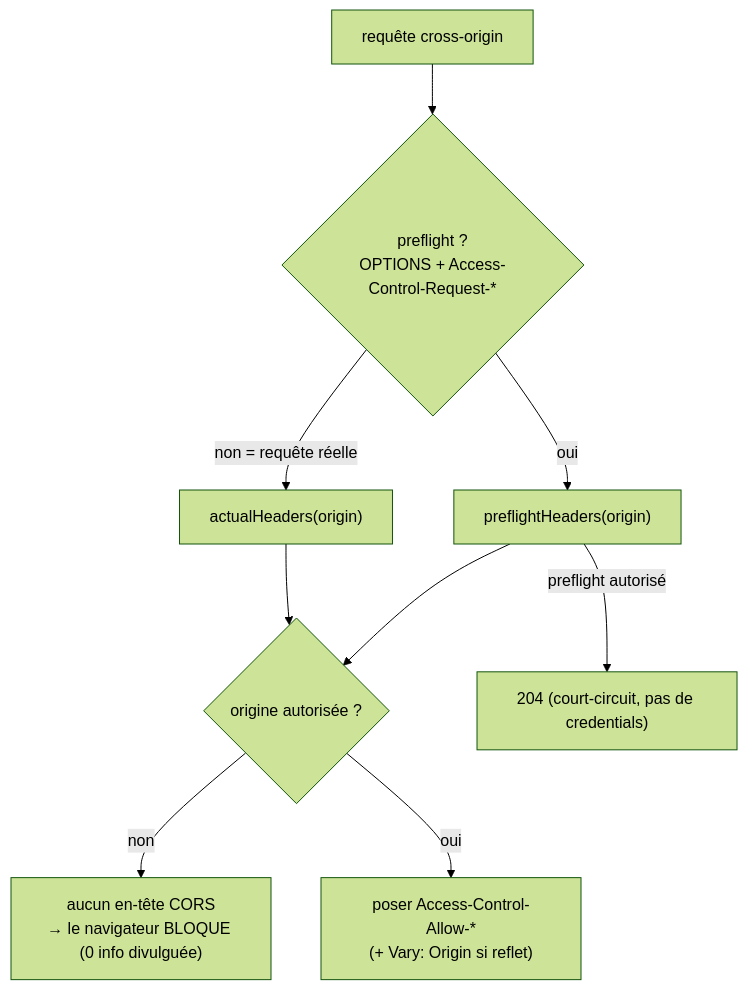
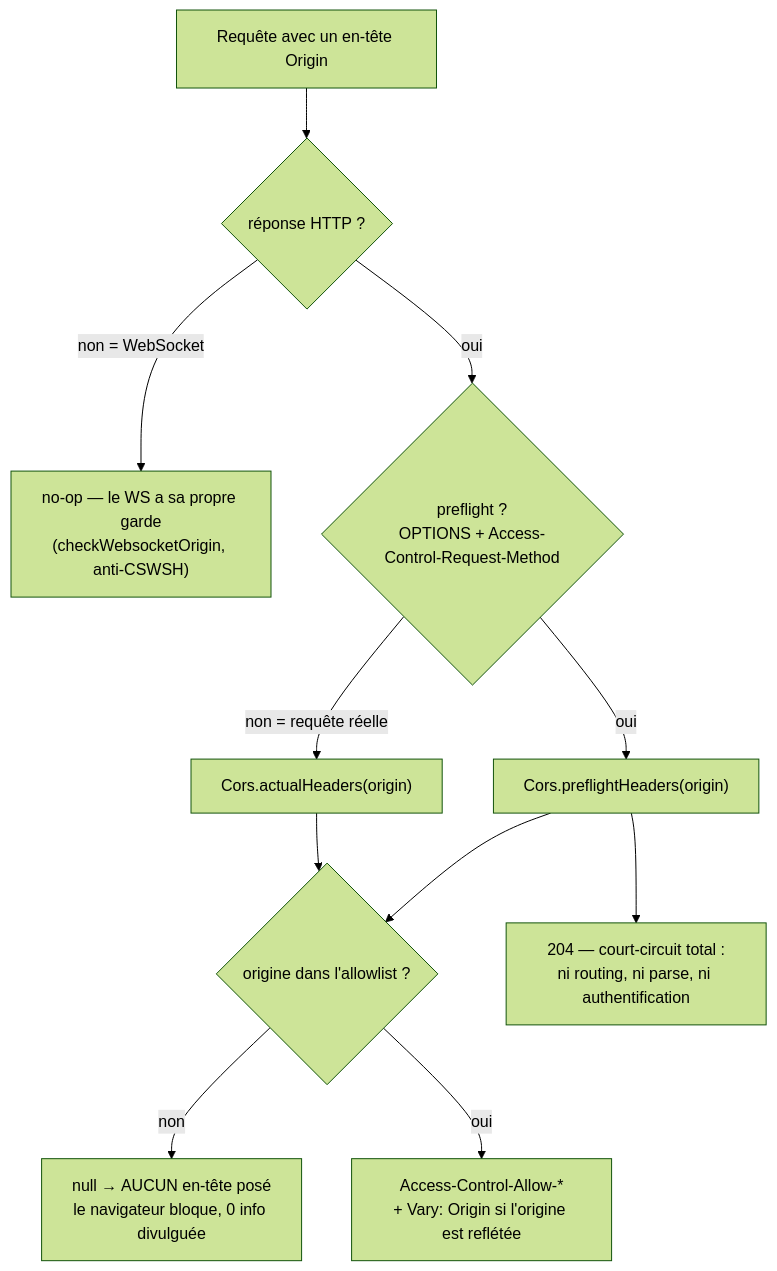
Before and after one commit to nodefony/nodefony-core: the first of 2 diagrams in src/packages/@nodefony/security/docs/cors.md, drawn with Mermaid (forest theme). The commit also changed other lines of this file and 20 other files, not shown here.

````diff
--- a/src/packages/@nodefony/security/docs/cors.md
+++ b/src/packages/@nodefony/security/docs/cors.md
@@ -27,11 +41,13 @@
 ```mermaid
 flowchart TD
-  REQ["requête cross-origin"] --> PF{"preflight ?<br/>OPTIONS + Access-Control-Request-*"}
-  PF -->|oui| PH["preflightHeaders(origin)"]
-  PF -->|non = requête réelle| AH["actualHeaders(origin)"]
-  PH --> WL{"origine autorisée ?"}
+  REQ["Requête avec un en-tête Origin"] --> WS{"réponse HTTP ?"}
+  WS -->|non = WebSocket| SKIP["no-op — le WS a sa propre garde<br/>(checkWebsocketOrigin, anti-CSWSH)"]
+  WS -->|oui| PF{"preflight ?<br/>OPTIONS + Access-Control-Request-Method"}
+  PF -->|oui| PH["Cors.preflightHeaders(origin)"]
+  PF -->|non = requête réelle| AH["Cors.actualHeaders(origin)"]
+  PH --> WL{"origine dans l'allowlist ?"}
   AH --> WL
-  WL -->|non| NONE["aucun en-tête CORS<br/>→ le navigateur BLOQUE (0 info divulguée)"]
-  WL -->|oui| SET["poser Access-Control-Allow-*<br/>(+ Vary: Origin si reflet)"]
-  PH -->|preflight autorisé| C204["204 (court-circuit, pas de credentials)"]
+  WL -->|non| NONE["null → AUCUN en-tête posé<br/>le navigateur bloque, 0 info divulguée"]
+  WL -->|oui| SET["Access-Control-Allow-*<br/>+ Vary: Origin si l'origine est reflétée"]
+  PH --> C204["204 — court-circuit total :<br/>ni routing, ni parse, ni authentification"]
 ```
````
